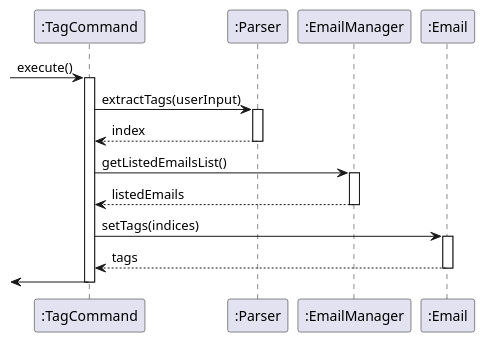
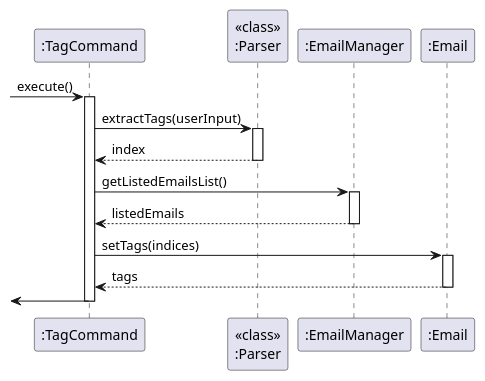
One commit to yanli1215/tp changed the diagram in docs/Sequence Diagrams/TagSequenceDiagram.puml. Above: the diagram before and after it, drawn with PlantUML. The commit also changed 6 other files, not shown here.

```diff
--- a/docs/Sequence Diagrams/TagSequenceDiagram.puml
+++ b/docs/Sequence Diagrams/TagSequenceDiagram.puml
@@ -1,30 +1,30 @@
 @startuml
 'https://plantuml.com/sequence-diagram
 
 participant ":TagCommand" as TagCommand
-participant ":Parser" as Parser
+participant "<<class>>\n:Parser" as Parser
 participant ":EmailManager" as EmailManager
 participant ":Email" as Email
 
 [-> TagCommand: execute()
 activate TagCommand
 
 TagCommand -> Parser: extractTags(userInput)
 activate Parser
 Parser --> TagCommand: index
 deactivate Parser
 
 TagCommand -> EmailManager: getListedEmailsList()
 activate EmailManager
 EmailManager --> TagCommand: listedEmails
 deactivate EmailManager
 
 TagCommand -> Email: setTags(indices)
 activate Email
 Email --> TagCommand: tags
 deactivate Email
 
 [<- TagCommand
 deactivate TagCommand
 
 @enduml
```
